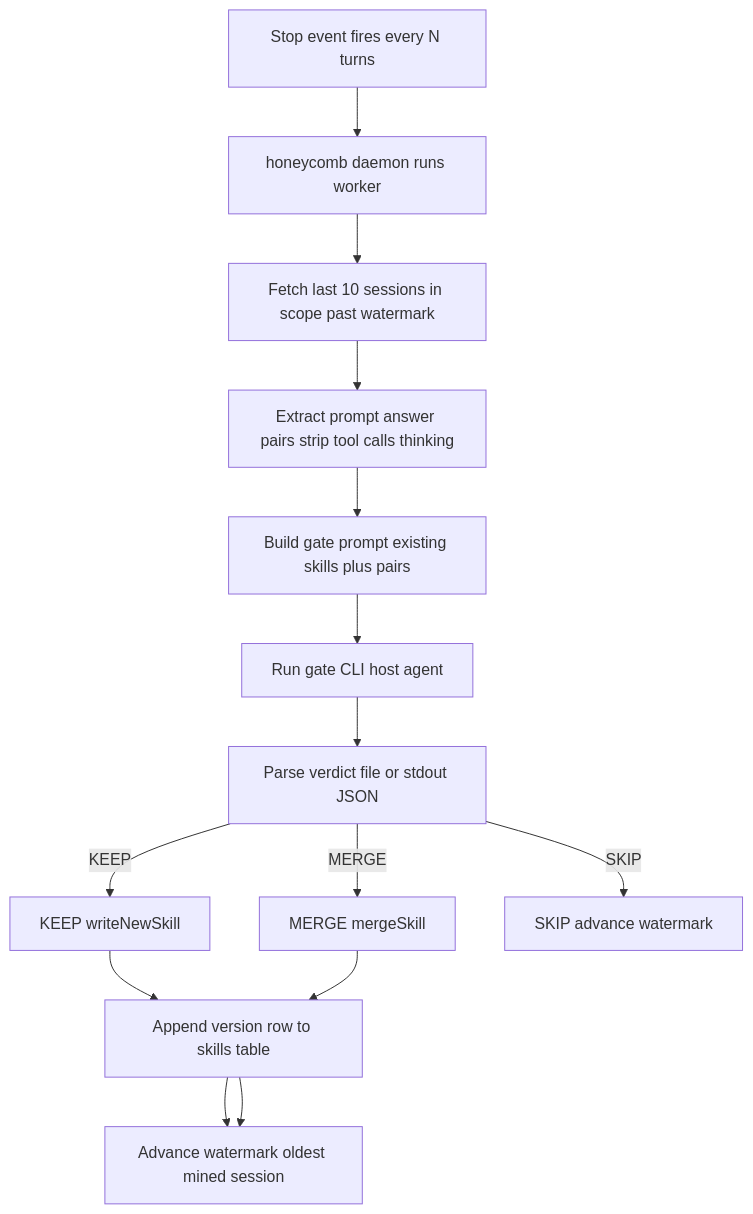
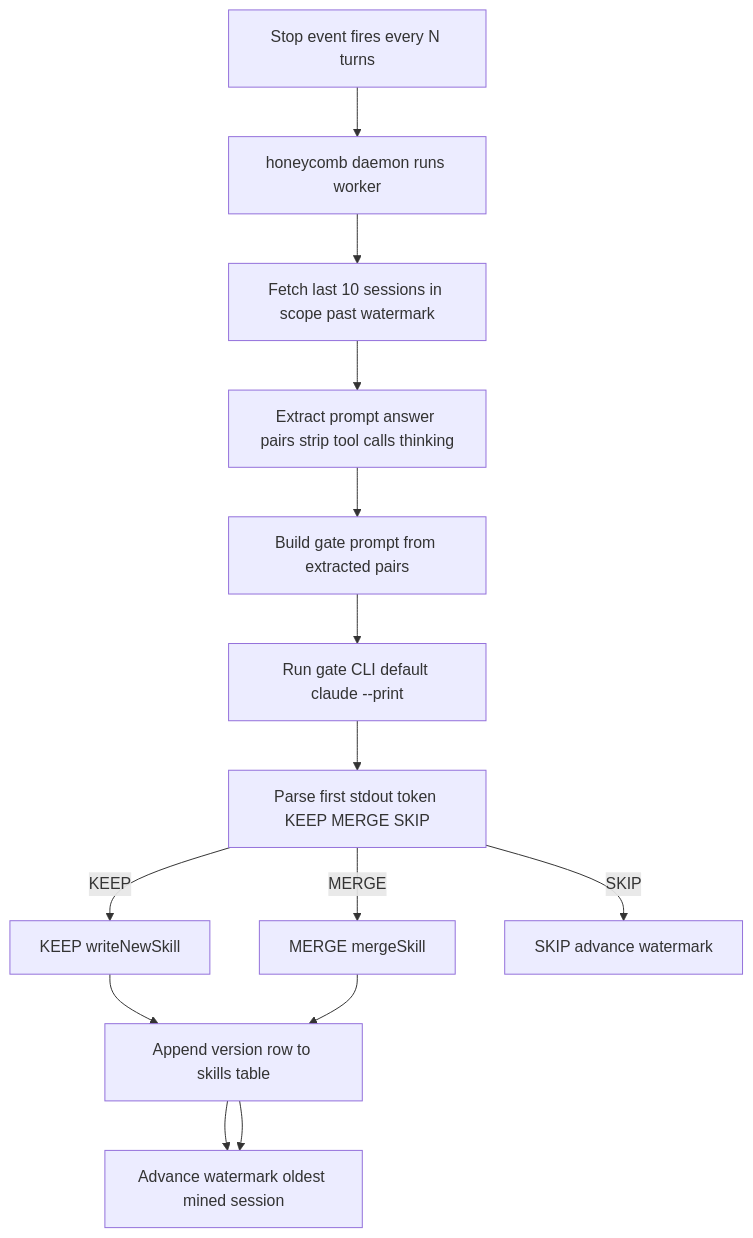
The diagram in library/knowledge/private/ai/skillify-pipeline.md (legioncodeinc/honeycomb), drawn with Mermaid before and after one commit. The commit also changed other lines of this file and 279 other files, not shown here.

````diff
--- a/library/knowledge/private/ai/skillify-pipeline.md
+++ b/library/knowledge/private/ai/skillify-pipeline.md
@@ -94,20 +89,20 @@
 ```mermaid
 flowchart TD
     stopEvent["Stop event fires every N turns"]
     daemon["honeycomb daemon runs worker"]
     fetchSessions["Fetch last 10 sessions in scope past watermark"]
     extractPairs["Extract prompt answer pairs strip tool calls thinking"]
-    buildPrompt["Build gate prompt existing skills plus pairs"]
-    runGate["Run gate CLI host agent"]
-    parseVerdict["Parse verdict file or stdout JSON"]
+    buildPrompt["Build gate prompt from extracted pairs"]
+    runGate["Run gate CLI default claude --print"]
+    parseVerdict["Parse first stdout token KEEP MERGE SKIP"]
     keepBranch["KEEP writeNewSkill"]
     mergeBranch["MERGE mergeSkill"]
     skipBranch["SKIP advance watermark"]
     recordDeeplake["Append version row to skills table"]
     advanceWatermark["Advance watermark oldest mined session"]
 
     stopEvent --> daemon --> fetchSessions --> extractPairs --> buildPrompt --> runGate --> parseVerdict
     parseVerdict -- KEEP --> keepBranch --> recordDeeplake --> advanceWatermark
     parseVerdict -- MERGE --> mergeBranch --> recordDeeplake --> advanceWatermark
     parseVerdict -- SKIP --> skipBranch
 ```
````
